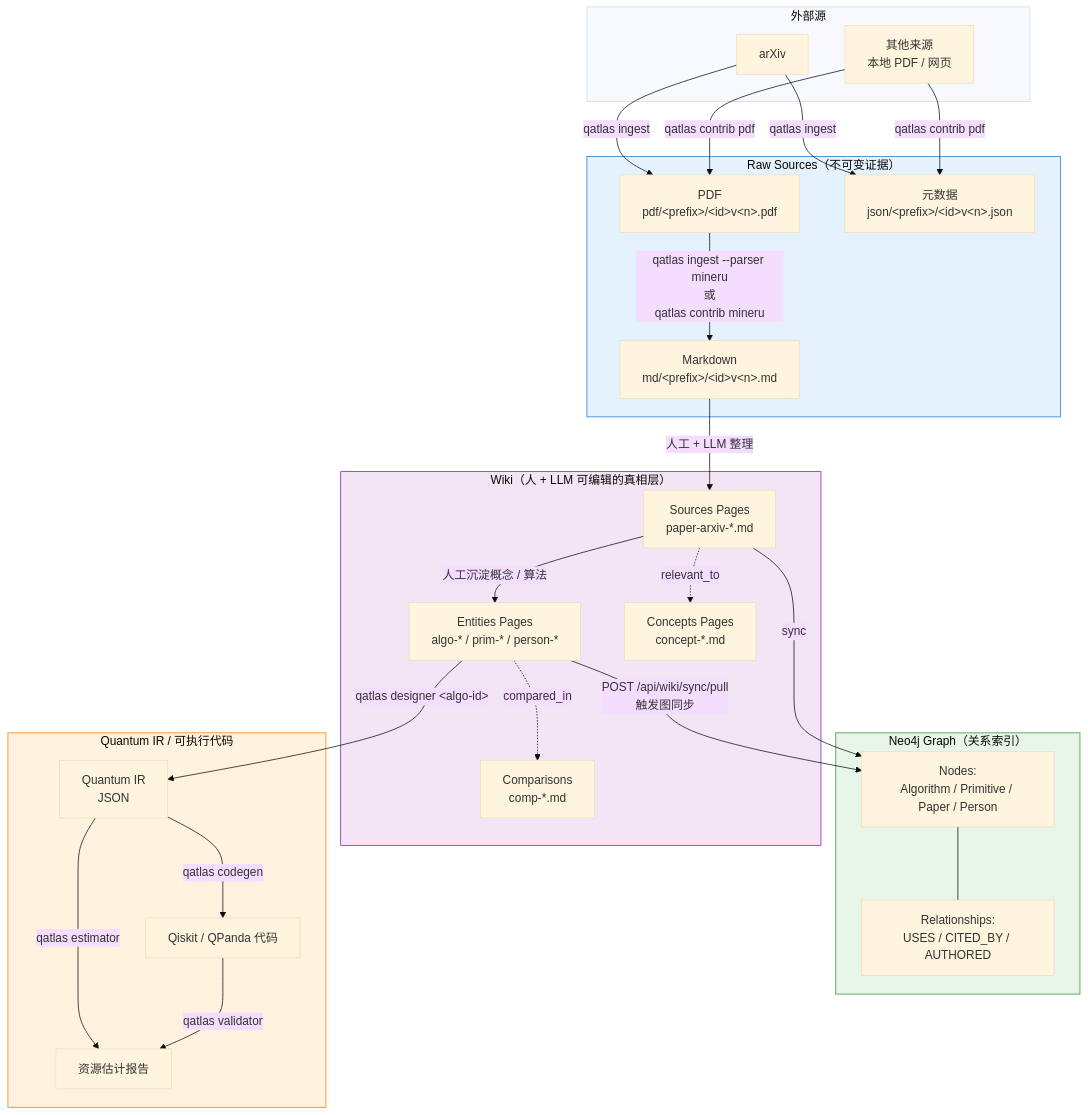
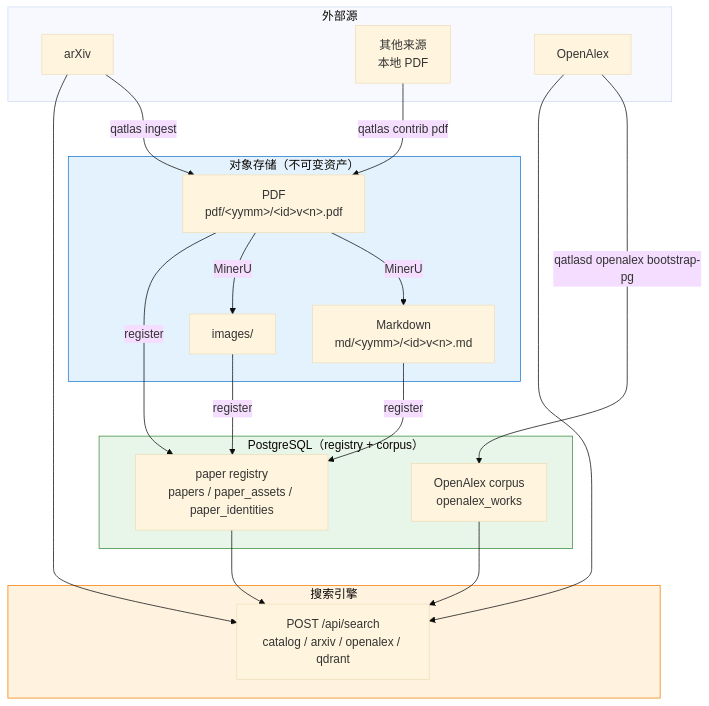
The diagram in docs/concepts/data-flow.md (IAI-USTC-Quantum/QuantumAtlas), drawn with Mermaid (base theme) before and after one commit. The commit also changed other lines of this file and 378 other files, not shown here.

First line of the commit message:
refactor: reposition to paper registry + search; admin plugin/DB pages; complete CLI/search split

````diff
--- a/docs/concepts/data-flow.md
+++ b/docs/concepts/data-flow.md
@@ -5,57 +5,38 @@
 ```mermaid
 flowchart TB
     subgraph SRC ["外部源"]
         ARX[arXiv]
-        OTH[其他来源<br/>本地 PDF / 网页]
+        OTH[其他来源<br/>本地 PDF]
+        OA[OpenAlex]
     end
 
-    subgraph RAW ["Raw Sources（不可变证据）"]
-        PDF[PDF<br/>pdf/&lt;prefix&gt;/&lt;id&gt;v&lt;n&gt;.pdf]
-        MD[Markdown<br/>md/&lt;prefix&gt;/&lt;id&gt;v&lt;n&gt;.md]
-        META[元数据<br/>json/&lt;prefix&gt;/&lt;id&gt;v&lt;n&gt;.json]
+    subgraph STORE ["对象存储（不可变资产）"]
+        PDF[PDF<br/>pdf/&lt;yymm&gt;/&lt;id&gt;v&lt;n&gt;.pdf]
+        MD[Markdown<br/>md/&lt;yymm&gt;/&lt;id&gt;v&lt;n&gt;.md]
+        IMG[images/]
     end
 
-    subgraph WIKI ["Wiki（人 + LLM 可编辑的真相层）"]
-        SRCPG[Sources Pages<br/>paper-arxiv-*.md]
-        ENTPG[Entities Pages<br/>algo-* / prim-* / person-*]
-        CPTPG[Concepts Pages<br/>concept-*.md]
-        CMPPG[Comparisons<br/>comp-*.md]
+    subgraph PG ["PostgreSQL（registry + corpus）"]
+        REG[paper registry<br/>papers / paper_assets / paper_identities]
+        CORP[OpenAlex corpus<br/>openalex_works]
     end
 
-    subgraph GRAPH ["Neo4j Graph（关系索引）"]
-        NODE[Nodes:<br/>Algorithm / Primitive / Paper / Person]
-        REL[Relationships:<br/>USES / CITED_BY / AUTHORED]
-    end
-
-    subgraph CODE ["Quantum IR / 可执行代码"]
-        IR[Quantum IR<br/>JSON]
-        QSK[Qiskit / QPanda 代码]
-        EST[资源估计报告]
+    subgraph SEARCH ["搜索引擎"]
+        ENG[POST /api/search<br/>catalog / arxiv / openalex / qdrant]
     end
 
     ARX -->|qatlas ingest| PDF
-    ARX -->|qatlas ingest| META
     OTH -->|qatlas contrib pdf| PDF
-    OTH -->|qatlas contrib pdf| META
+    PDF -->|MinerU| MD
+    PDF -->|MinerU| IMG
 
-    PDF -->|qatlas ingest --parser mineru<br/>或<br/>qatlas contrib mineru| MD
+    PDF & MD & IMG -->|register| REG
+    OA -->|qatlasd openalex bootstrap-pg| CORP
 
-    MD -->|人工 + LLM 整理| SRCPG
-    SRCPG -->|人工沉淀概念 / 算法| ENTPG
-    SRCPG -.->|relevant_to| CPTPG
-    ENTPG -.->|compared_in| CMPPG
+    REG & CORP --> ENG
+    ARX & OA --> ENG
 
-    ENTPG -->|POST /api/wiki/sync/pull<br/>触发图同步| NODE
-    SRCPG -->|sync| NODE
-    NODE --- REL
-
-    ENTPG -->|qatlas designer &lt;algo-id&gt;| IR
-    IR -->|qatlas codegen| QSK
-    IR -->|qatlas estimator| EST
-    QSK -->|qatlas validator| EST
-
-    style RAW fill:#e3f2fd,stroke:#1976d2
-    style WIKI fill:#f3e5f5,stroke:#7b1fa2
-    style GRAPH fill:#e8f5e9,stroke:#388e3c
-    style CODE fill:#fff3e0,stroke:#f57c00
+    style STORE fill:#e3f2fd,stroke:#1976d2
+    style PG fill:#e8f5e9,stroke:#388e3c
+    style SEARCH fill:#fff3e0,stroke:#f57c00
 ```
````
